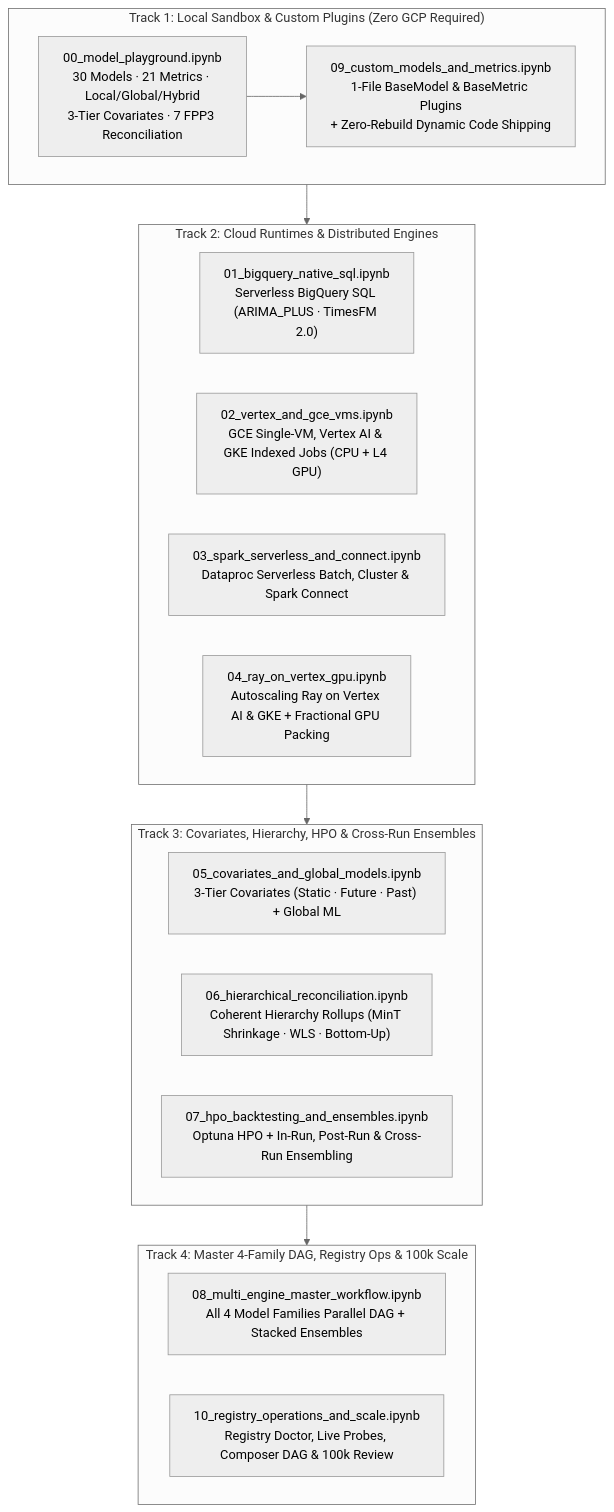
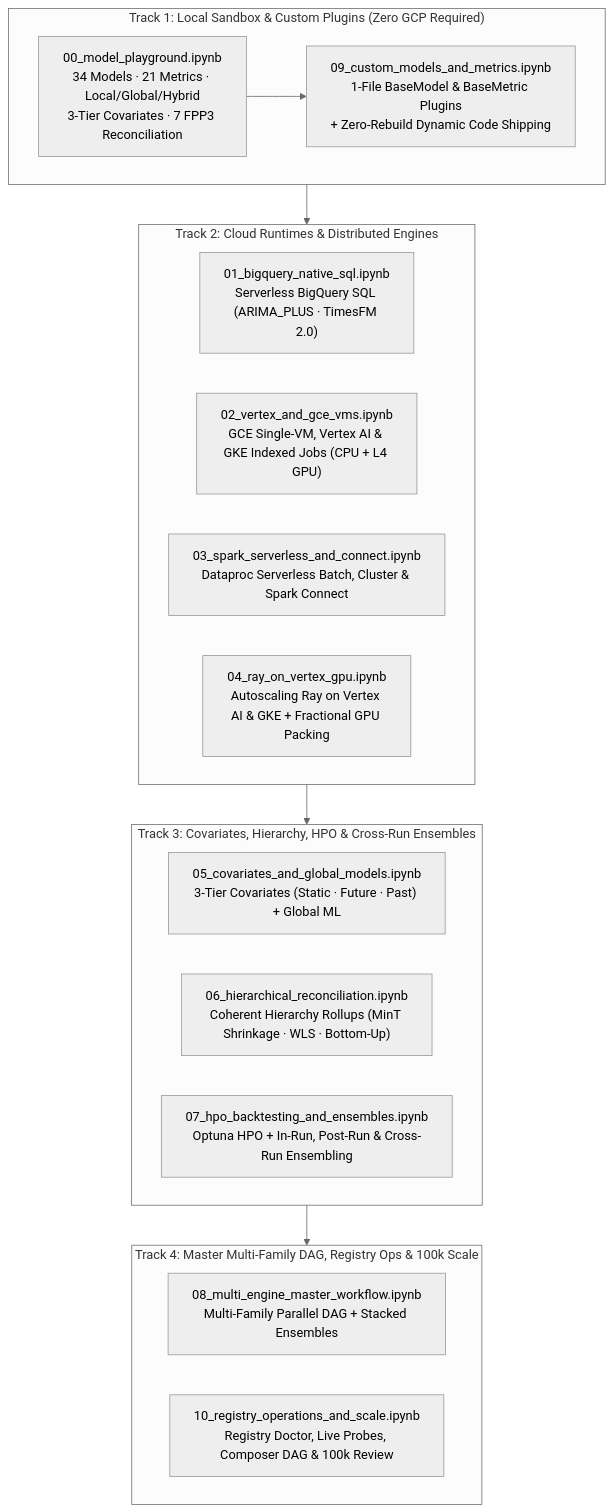
The diagram in notebooks/README.md (statmike/scale-forecasting), drawn with Mermaid (neutral theme) before and after one commit. The commit also changed other lines of this file and 102 other files, not shown here.

````diff
--- a/notebooks/README.md
+++ b/notebooks/README.md
@@ -8,28 +8,28 @@
 ```mermaid
 flowchart TD
     subgraph Track1["Track 1: Local Sandbox & Custom Plugins (Zero GCP Required)"]
-        NB00["00_model_playground.ipynb<br/>30 Models · 21 Metrics · Local/Global/Hybrid<br/>3-Tier Covariates · 7 FPP3 Reconciliation"]
+        NB00["00_model_playground.ipynb<br/>34 Models · 21 Metrics · Local/Global/Hybrid<br/>3-Tier Covariates · 7 FPP3 Reconciliation"]
         NB09["09_custom_models_and_metrics.ipynb<br/>1-File BaseModel & BaseMetric Plugins<br/>+ Zero-Rebuild Dynamic Code Shipping"]
     end
 
     subgraph Track2["Track 2: Cloud Runtimes & Distributed Engines"]
         NB01["01_bigquery_native_sql.ipynb<br/>Serverless BigQuery SQL (ARIMA_PLUS · TimesFM 2.0)"]
         NB02["02_vertex_and_gce_vms.ipynb<br/>GCE Single-VM, Vertex AI & GKE Indexed Jobs (CPU + L4 GPU)"]
         NB03["03_spark_serverless_and_connect.ipynb<br/>Dataproc Serverless Batch, Cluster & Spark Connect"]
         NB04["04_ray_on_vertex_gpu.ipynb<br/>Autoscaling Ray on Vertex AI & GKE + Fractional GPU Packing"]
     end
 
     subgraph Track3["Track 3: Covariates, Hierarchy, HPO & Cross-Run Ensembles"]
         NB05["05_covariates_and_global_models.ipynb<br/>3-Tier Covariates (Static · Future · Past) + Global ML"]
         NB06["06_hierarchical_reconciliation.ipynb<br/>Coherent Hierarchy Rollups (MinT Shrinkage · WLS · Bottom-Up)"]
         NB07["07_hpo_backtesting_and_ensembles.ipynb<br/>Optuna HPO + In-Run, Post-Run & Cross-Run Ensembling"]
     end
 
-    subgraph Track4["Track 4: Master 4-Family DAG, Registry Ops & 100k Scale"]
-        NB08["08_multi_engine_master_workflow.ipynb<br/>All 4 Model Families Parallel DAG + Stacked Ensembles"]
+    subgraph Track4["Track 4: Master Multi-Family DAG, Registry Ops & 100k Scale"]
+        NB08["08_multi_engine_master_workflow.ipynb<br/>Multi-Family Parallel DAG + Stacked Ensembles"]
         NB10["10_registry_operations_and_scale.ipynb<br/>Registry Doctor, Live Probes, Composer DAG & 100k Review"]
     end
 
     NB00 --> NB09
     Track1 --> Track2 --> Track3 --> Track4
 ```
````
